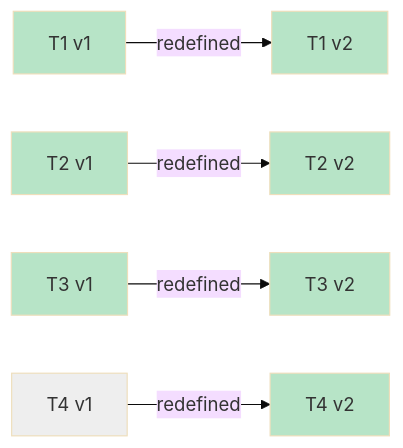
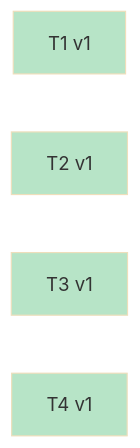
Before and after one commit to Curry09/AHE-Beta: diagram 19 of 23 in docs/specs/OVERVIEW.md, drawn with Mermaid (base theme). The commit also changed other lines of this file and 22 other files, not shown here.

First line of the commit message:
feat(frontend): 场景改为自绘三房间，弃用四房间底图，房间立职能木牌

````diff
--- a/docs/specs/OVERVIEW.md
+++ b/docs/specs/OVERVIEW.md
@@ -1214,25 +519,12 @@
 ```mermaid
 graph LR
     v_T1_1["T1 v1"]
-    v_T1_2["T1 v2"]
-    v_T1_1 -->|redefined| v_T1_2
     v_T2_1["T2 v1"]
-    v_T2_2["T2 v2"]
-    v_T2_1 -->|redefined| v_T2_2
     v_T3_1["T3 v1"]
-    v_T3_2["T3 v2"]
-    v_T3_1 -->|redefined| v_T3_2
     v_T4_1["T4 v1"]
-    v_T4_2["T4 v2"]
-    v_T4_1 -->|redefined| v_T4_2
     classDef st_done fill:#b7e4c7;
-    classDef st_pending fill:#eeeeee;
     class v_T1_1 st_done;
-    class v_T1_2 st_done;
     class v_T2_1 st_done;
-    class v_T2_2 st_done;
     class v_T3_1 st_done;
-    class v_T3_2 st_done;
-    class v_T4_1 st_pending;
-    class v_T4_2 st_done;
+    class v_T4_1 st_done;
 ```
````
